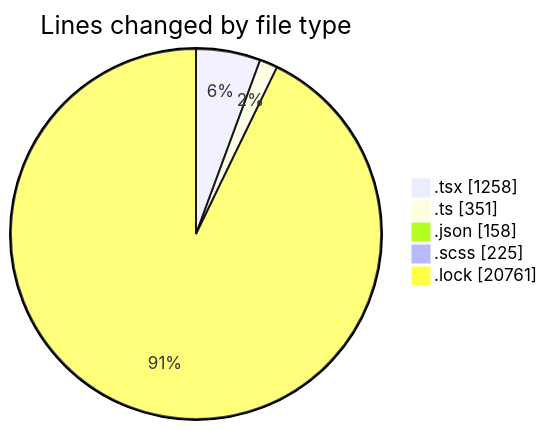
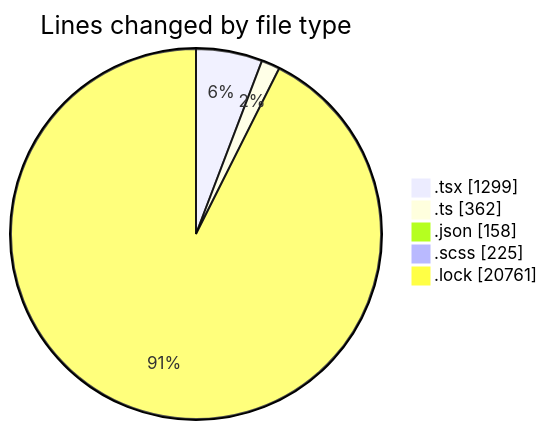
One commit to momahboobian/code-tracking changed the first of 2 diagrams in 2025-04-29/cda/README.md. Above: the diagram before and after it, drawn with Mermaid. The commit also changed other lines of this file and 1 other file, not shown here.

````diff
--- a/2025-04-29/cda/README.md
+++ b/2025-04-29/cda/README.md
@@ -39,9 +39,9 @@
 ```mermaid
 pie showData
 title Lines changed by file type
-".tsx" : 1258
-".ts" : 351
+".tsx" : 1299
+".ts" : 362
 ".json" : 158
 ".scss" : 225
 ".lock" : 20761
 ```
````
